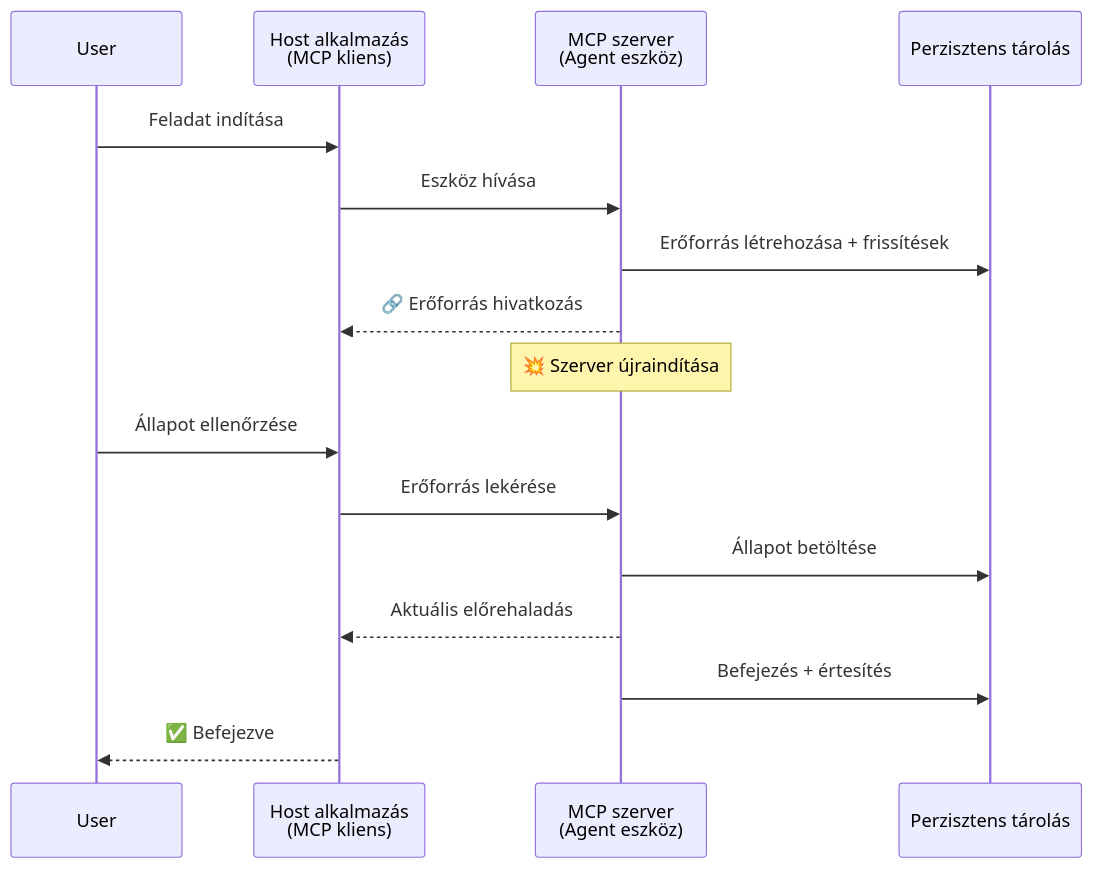
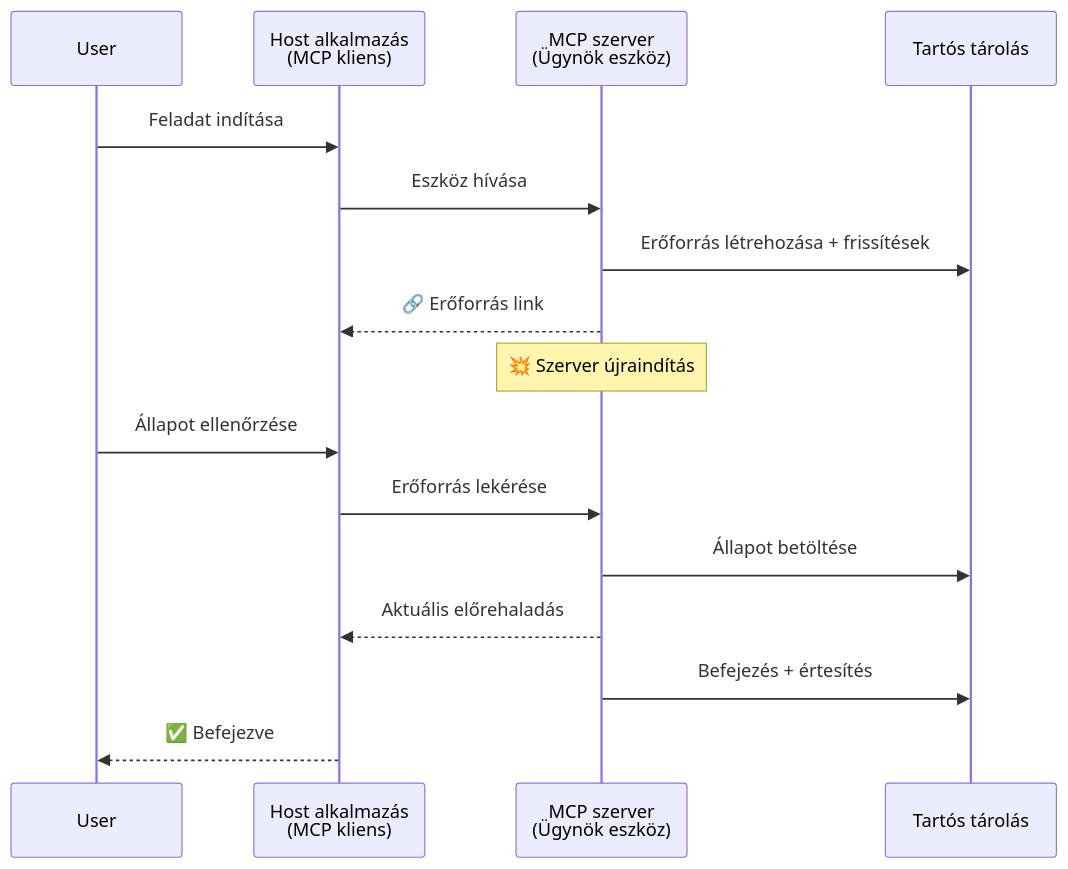
Before and after one commit to gabrielmoreira/agent-skills-mirror: the third of 5 diagrams in mirrors/repos/microsoft@ai-agents-for-beginners/translations/hu/11-agentic-protocols/code_samples/mcp-agents/README.md, drawn with Mermaid. The commit also changed other lines of this file and 4262 other files, not shown here.

````diff
--- a/mirrors/repos/microsoft@ai-agents-for-beginners/translations/hu/11-agentic-protocols/code_samples/mcp-agents/README.md
+++ b/mirrors/repos/microsoft@ai-agents-for-beginners/translations/hu/11-agentic-protocols/code_samples/mcp-agents/README.md
@@ -123,21 +123,21 @@
 ```mermaid
 sequenceDiagram
     participant User
     participant Host as Host alkalmazás<br/>(MCP kliens)
-    participant Server as MCP szerver<br/>(Agent eszköz)
-    participant DB as Perzisztens tárolás
+    participant Server as MCP szerver<br/>(Ügynök eszköz)
+    participant DB as Tartós tárolás
 
     User->>Host: Feladat indítása
     Host->>Server: Eszköz hívása
     Server->>DB: Erőforrás létrehozása + frissítések
-    Server-->>Host: 🔗 Erőforrás hivatkozás
+    Server-->>Host: 🔗 Erőforrás link
 
-    Note over Server: 💥 Szerver újraindítása
+    Note over Server: 💥 Szerver újraindítás
 
     User->>Host: Állapot ellenőrzése
     Host->>Server: Erőforrás lekérése
     Server->>DB: Állapot betöltése
     Server-->>Host: Aktuális előrehaladás
     Server->>DB: Befejezés + értesítés
     Host-->>User: ✅ Befejezve
 ```
````
